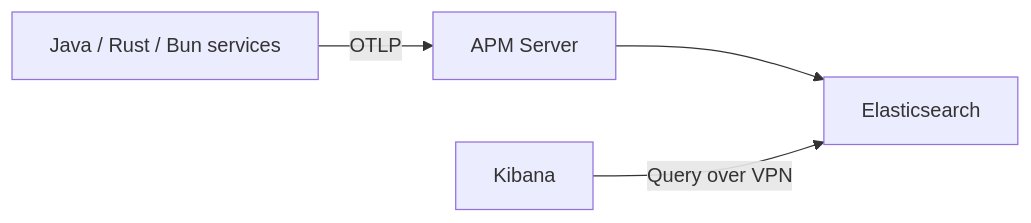
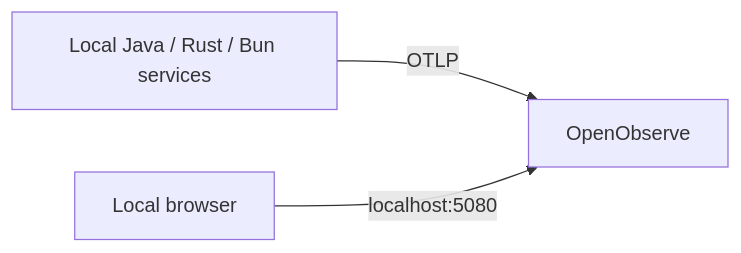
The second of 3 diagrams in README.md (mingchiuli/megalith-micro), drawn with Mermaid before and after one commit. The commit also changed other lines of this file and 58 other files, not shown here.

First line of the commit message:
feat: migrate search to Meilisearch and telemetry to OpenObserve

````diff
--- a/README.md
+++ b/README.md
@@ -78,6 +79,5 @@
 ```mermaid
 flowchart LR
-    Services["Java / Rust / Bun services"] -->|OTLP| APM["APM Server"]
-    APM --> ES["Elasticsearch"]
-    Kibana["Kibana"] -->|Query over VPN| ES
+    Services["Local Java / Rust / Bun services"] -->|OTLP| Observe["OpenObserve"]
+    Browser["Local browser"] -->|localhost:5080| Observe
 ```
````
